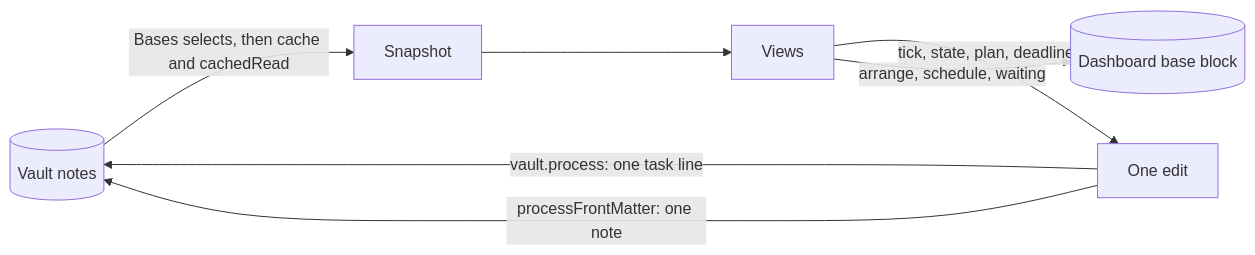
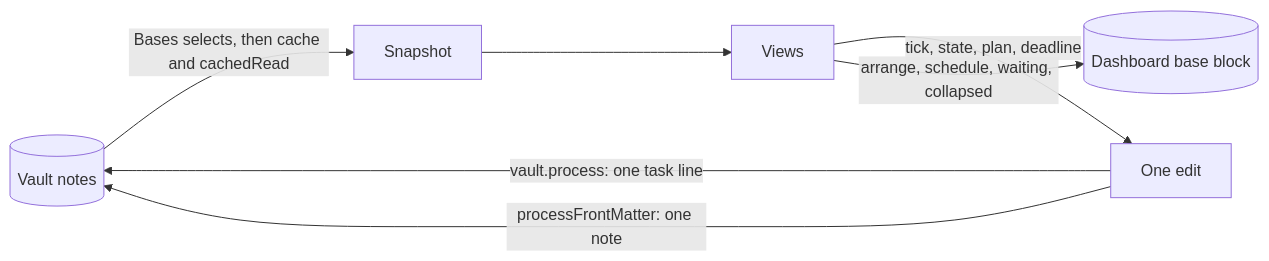
Before and after one commit to AlexSendula/ninja-board: the first of 2 diagrams in docs/DATABASE.md, drawn with Mermaid. The commit also changed other lines of this file and 29 other files, not shown here.

````diff
--- a/docs/DATABASE.md
+++ b/docs/DATABASE.md
@@ -15,9 +15,9 @@
 ```mermaid
 flowchart LR
     notes[(Vault notes)] -->|Bases selects, then cache and cachedRead| snapshot[Snapshot]
     snapshot --> views[Views]
     views -->|tick, state, plan, deadline| edit[One edit]
     edit -->|vault.process: one task line| notes
     edit -->|processFrontMatter: one note| notes
-    views -->|arrange, schedule, waiting| base[(Dashboard base block)]
+    views -->|arrange, schedule, waiting, collapsed| base[(Dashboard base block)]
 ```
````
